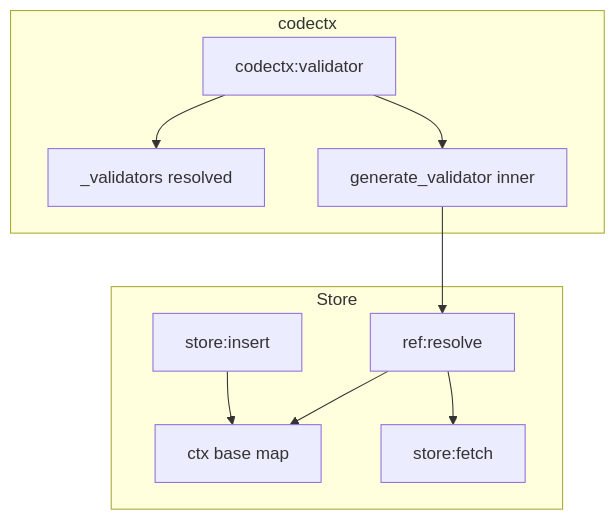
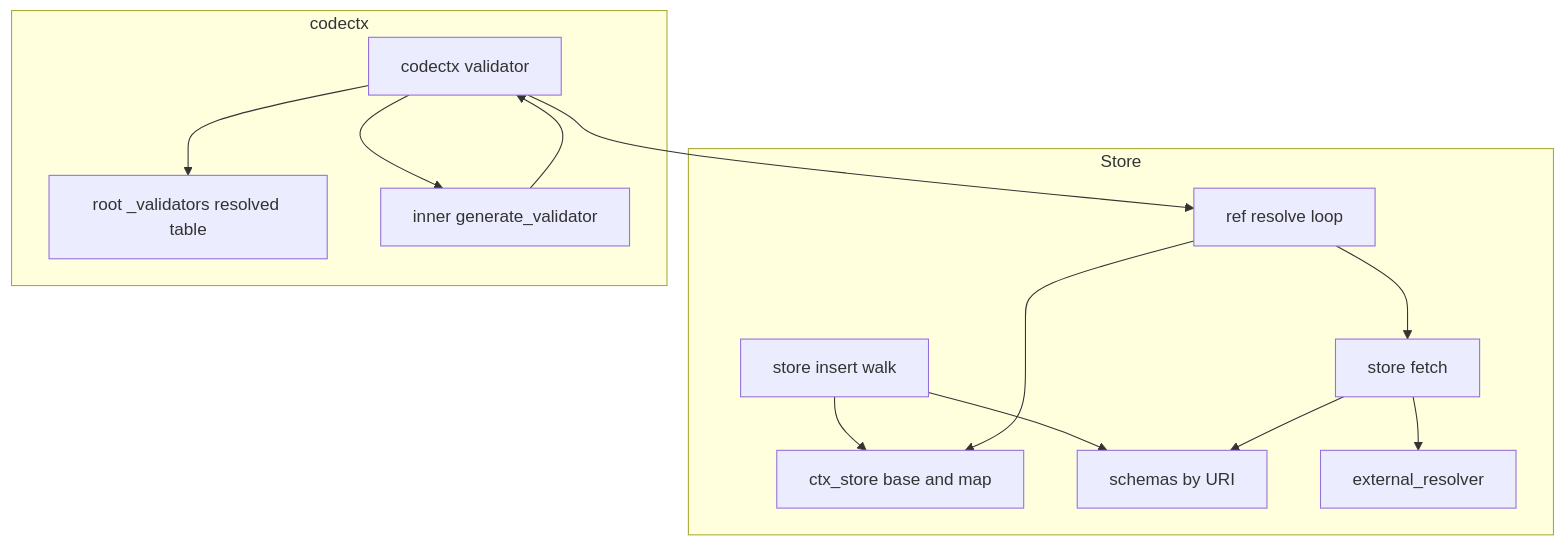
Before and after one commit to goddtriffin/json-schema-rs: the second of 2 diagrams in research/reports/lua/api7-jsonschema.md, drawn with Mermaid. The commit also changed other lines of this file and 51 other files, not shown here.

````diff
--- a/research/reports/lua/api7-jsonschema.md
+++ b/research/reports/lua/api7-jsonschema.md
@@ -114,20 +121,25 @@
 ```mermaid
 flowchart TB
   subgraph store [Store]
-    Insert[store:insert]
-    Ctx[ctx base map]
-    RefResolve[ref:resolve]
-    Fetch[store:fetch]
-    Insert --> Ctx
-    RefResolve --> Ctx
-    RefResolve --> Fetch
+    Insert[store insert walk]
+    CtxStore[ctx_store base and map]
+    Schemas[schemas by URI]
+    Resolve[ref resolve loop]
+    Fetch[store fetch]
+    Insert --> CtxStore
+    Insert --> Schemas
+    Resolve --> CtxStore
+    Resolve --> Fetch
+    Fetch --> Schemas
+    Fetch --> Resolver[external_resolver]
   end
   subgraph codectx [codectx]
-    Validator[codectx:validator]
-    ValidatorsCache[_validators resolved]
-    GenerateValidatorFn[generate_validator inner]
-    Validator --> ValidatorsCache
-    Validator --> GenerateValidatorFn
-    GenerateValidatorFn --> RefResolve
+    Validator[codectx validator]
+    Cache["root _validators resolved table"]
+    Inner[inner generate_validator]
+    Validator --> Resolve
+    Validator --> Cache
+    Validator --> Inner
+    Inner --> Validator
   end
 ```
````
